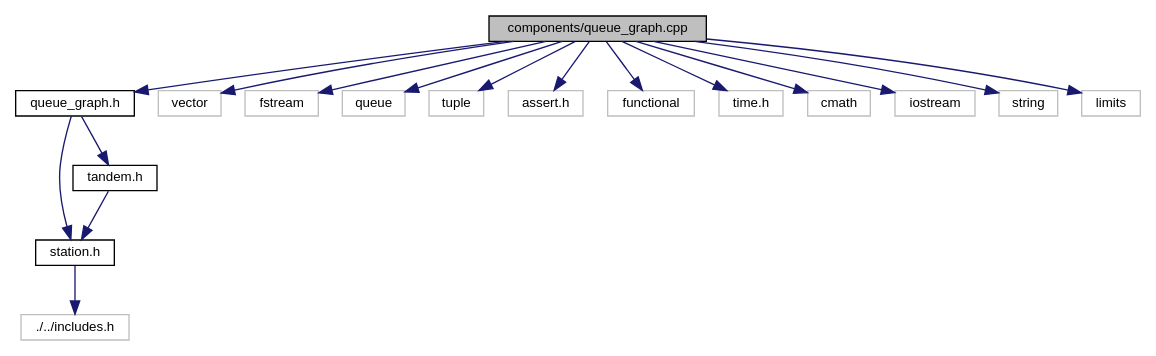
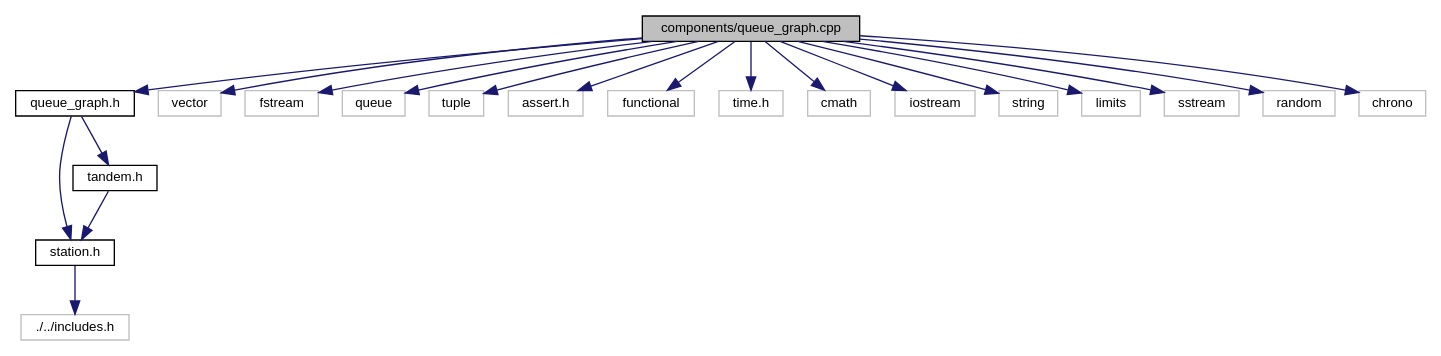
Before and after one commit to NixonZ/simulation: the diagram in queue__graph_8cpp__incl.dot, drawn with Graphviz. The commit also changed 197 other files, not shown here.

```diff
--- a/queue__graph_8cpp__incl.dot
+++ b/queue__graph_8cpp__incl.dot
@@ -1,37 +1,43 @@
 digraph "components/queue_graph.cpp"
 {
   edge [fontname="Helvetica",fontsize="10",labelfontname="Helvetica",labelfontsize="10"];
   node [fontname="Helvetica",fontsize="10",shape=record];
   Node0 [label="components/queue_graph.cpp",height=0.2,width=0.4,color="black", fillcolor="grey75", style="filled", fontcolor="black"];
   Node0 -> Node1 [color="midnightblue",fontsize="10",style="solid",fontname="Helvetica"];
   Node1 [label="queue_graph.h",height=0.2,width=0.4,color="black", fillcolor="white", style="filled",URL="$queue__graph_8h.html"];
   Node1 -> Node2 [color="midnightblue",fontsize="10",style="solid",fontname="Helvetica"];
   Node2 [label="station.h",height=0.2,width=0.4,color="black", fillcolor="white", style="filled",URL="$station_8h.html"];
   Node2 -> Node3 [color="midnightblue",fontsize="10",style="solid",fontname="Helvetica"];
   Node3 [label="./../includes.h",height=0.2,width=0.4,color="grey75", fillcolor="white", style="filled"];
   Node1 -> Node4 [color="midnightblue",fontsize="10",style="solid",fontname="Helvetica"];
   Node4 [label="tandem.h",height=0.2,width=0.4,color="black", fillcolor="white", style="filled",URL="$tandem_8h.html"];
   Node4 -> Node2 [color="midnightblue",fontsize="10",style="solid",fontname="Helvetica"];
   Node0 -> Node5 [color="midnightblue",fontsize="10",style="solid",fontname="Helvetica"];
   Node5 [label="vector",height=0.2,width=0.4,color="grey75", fillcolor="white", style="filled"];
   Node0 -> Node6 [color="midnightblue",fontsize="10",style="solid",fontname="Helvetica"];
   Node6 [label="fstream",height=0.2,width=0.4,color="grey75", fillcolor="white", style="filled"];
   Node0 -> Node7 [color="midnightblue",fontsize="10",style="solid",fontname="Helvetica"];
   Node7 [label="queue",height=0.2,width=0.4,color="grey75", fillcolor="white", style="filled"];
   Node0 -> Node8 [color="midnightblue",fontsize="10",style="solid",fontname="Helvetica"];
   Node8 [label="tuple",height=0.2,width=0.4,color="grey75", fillcolor="white", style="filled"];
   Node0 -> Node9 [color="midnightblue",fontsize="10",style="solid",fontname="Helvetica"];
   Node9 [label="assert.h",height=0.2,width=0.4,color="grey75", fillcolor="white", style="filled"];
   Node0 -> Node10 [color="midnightblue",fontsize="10",style="solid",fontname="Helvetica"];
   Node10 [label="functional",height=0.2,width=0.4,color="grey75", fillcolor="white", style="filled"];
   Node0 -> Node11 [color="midnightblue",fontsize="10",style="solid",fontname="Helvetica"];
   Node11 [label="time.h",height=0.2,width=0.4,color="grey75", fillcolor="white", style="filled"];
   Node0 -> Node12 [color="midnightblue",fontsize="10",style="solid",fontname="Helvetica"];
   Node12 [label="cmath",height=0.2,width=0.4,color="grey75", fillcolor="white", style="filled"];
   Node0 -> Node13 [color="midnightblue",fontsize="10",style="solid",fontname="Helvetica"];
   Node13 [label="iostream",height=0.2,width=0.4,color="grey75", fillcolor="white", style="filled"];
   Node0 -> Node14 [color="midnightblue",fontsize="10",style="solid",fontname="Helvetica"];
   Node14 [label="string",height=0.2,width=0.4,color="grey75", fillcolor="white", style="filled"];
   Node0 -> Node15 [color="midnightblue",fontsize="10",style="solid",fontname="Helvetica"];
   Node15 [label="limits",height=0.2,width=0.4,color="grey75", fillcolor="white", style="filled"];
+  Node0 -> Node16 [color="midnightblue",fontsize="10",style="solid",fontname="Helvetica"];
+  Node16 [label="sstream",height=0.2,width=0.4,color="grey75", fillcolor="white", style="filled"];
+  Node0 -> Node17 [color="midnightblue",fontsize="10",style="solid",fontname="Helvetica"];
+  Node17 [label="random",height=0.2,width=0.4,color="grey75", fillcolor="white", style="filled"];
+  Node0 -> Node18 [color="midnightblue",fontsize="10",style="solid",fontname="Helvetica"];
+  Node18 [label="chrono",height=0.2,width=0.4,color="grey75", fillcolor="white", style="filled"];
 }
```
